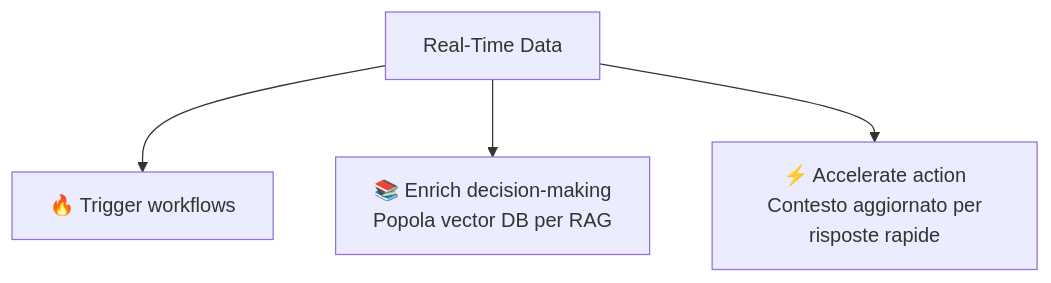
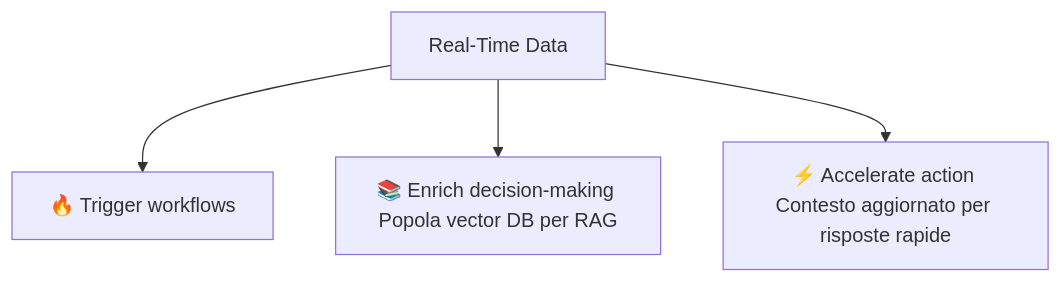
One commit to taphost/notedump changed the third of 4 diagrams in Event_Driven_Agentic_AI.md. Above: the diagram before and after it, drawn with Mermaid.

````diff
--- a/Event_Driven_Agentic_AI.md
+++ b/Event_Driven_Agentic_AI.md
@@ -138,6 +138,6 @@
 ```mermaid
 flowchart TD
     RT[Real-Time Data] --> T1[🔥 Trigger workflows]
-    RT --> T2[📚 Enrich decision-making\n Popola vector DB per RAG]
-    RT --> T3[⚡ Accelerate action\n Contesto aggiornato per risposte rapide]
+    RT --> T2[📚 Enrich decision-making Popola vector DB per RAG]
+    RT --> T3[⚡ Accelerate action Contesto aggiornato per risposte rapide]
 ```
````
